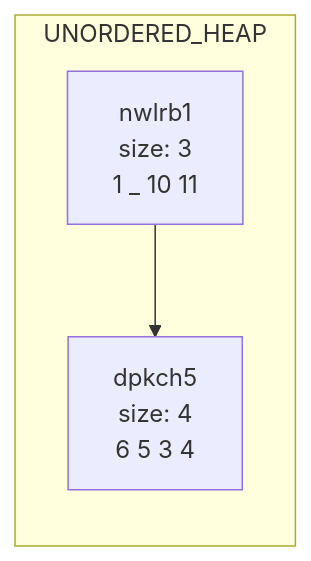
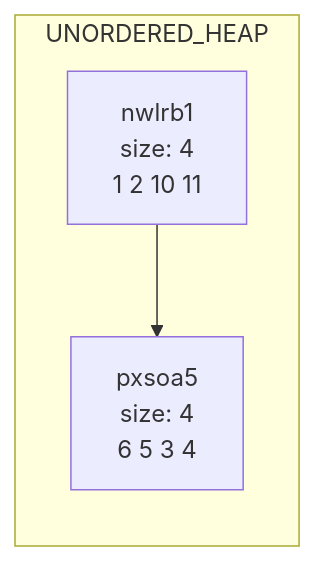
Before and after one commit to princevarshney05/BPTree: the second of 2 diagrams in data/chart.md, drawn with Mermaid. The commit also changed other lines of this file and 1 other file, not shown here.

````diff
--- a/data/chart.md
+++ b/data/chart.md
@@ -13,8 +19,8 @@
 ```mermaid
 graph LR
 subgraph UNORDERED_HEAP
-nwlrb1[nwlrb1<br/>size: 3<br/>1 _ 10 11 ]
-dpkch5[dpkch5<br/>size: 4<br/>6 5 3 4 ]
-nwlrb1-->dpkch5
+nwlrb1[nwlrb1<br/>size: 4<br/>1 2 10 11 ]
+pxsoa5[pxsoa5<br/>size: 4<br/>6 5 3 4 ]
+nwlrb1-->pxsoa5
 end
 ```
````
